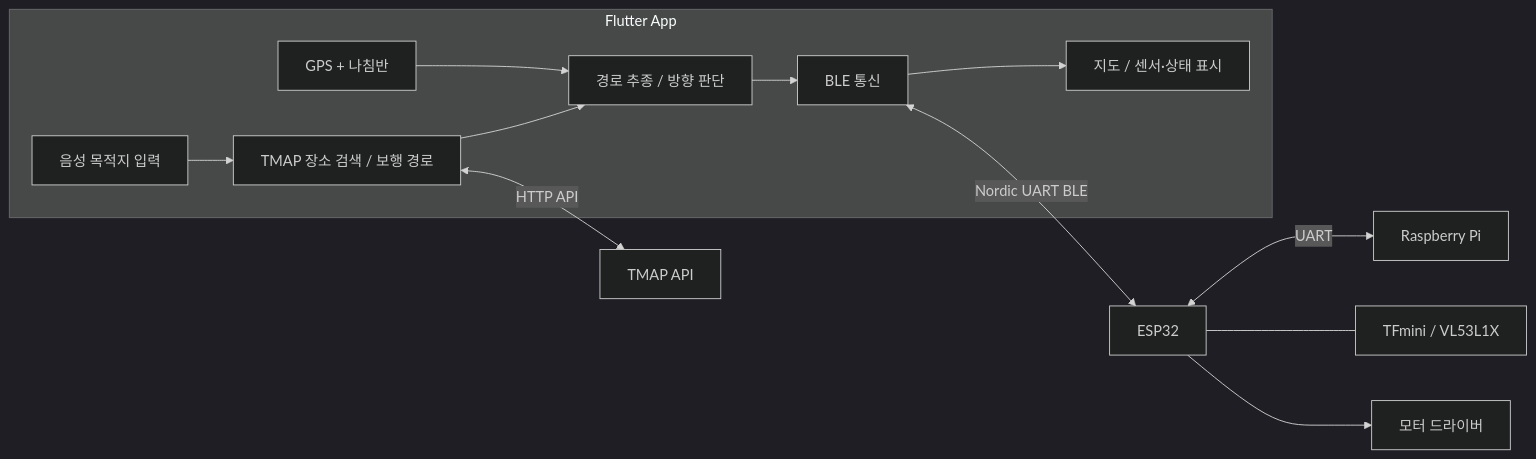
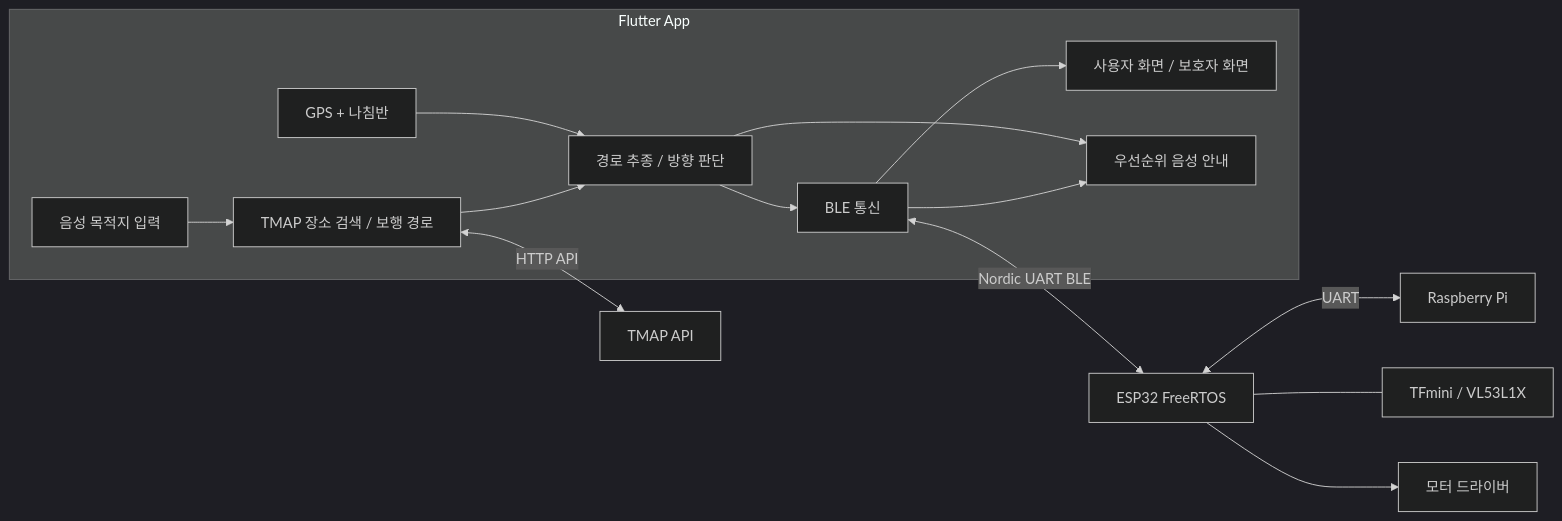
The diagram in flutter_app/README.md (samareosa-cloud/2026ESWContest_free_JOJOLEEHAN), drawn with Mermaid (dark theme) before and after one commit. The commit also changed other lines of this file, not shown here.

````diff
--- a/flutter_app/README.md
+++ b/flutter_app/README.md
@@ -7,16 +14,18 @@
 ```mermaid
 flowchart LR
     subgraph APP[Flutter App]
         STT[음성 목적지 입력] --> TMAP[TMAP 장소 검색 / 보행 경로]
         GPS[GPS + 나침반] --> NAV[경로 추종 / 방향 판단]
         TMAP --> NAV
         NAV --> BLE[BLE 통신]
-        BLE --> UI[지도 / 센서·상태 표시]
+        BLE --> UI[사용자 화면 / 보호자 화면]
+        NAV --> TTS[우선순위 음성 안내]
+        BLE --> TTS
     end
 
     TMAP <-->|HTTP API| API[TMAP API]
-    BLE <-->|Nordic UART BLE| ESP[ESP32]
+    BLE <-->|Nordic UART BLE| ESP[ESP32 FreeRTOS]
     ESP <-->|UART| PI[Raspberry Pi]
     ESP --- SENSORS[TFmini / VL53L1X]
     ESP --> MOTOR[모터 드라이버]
 ```
````
